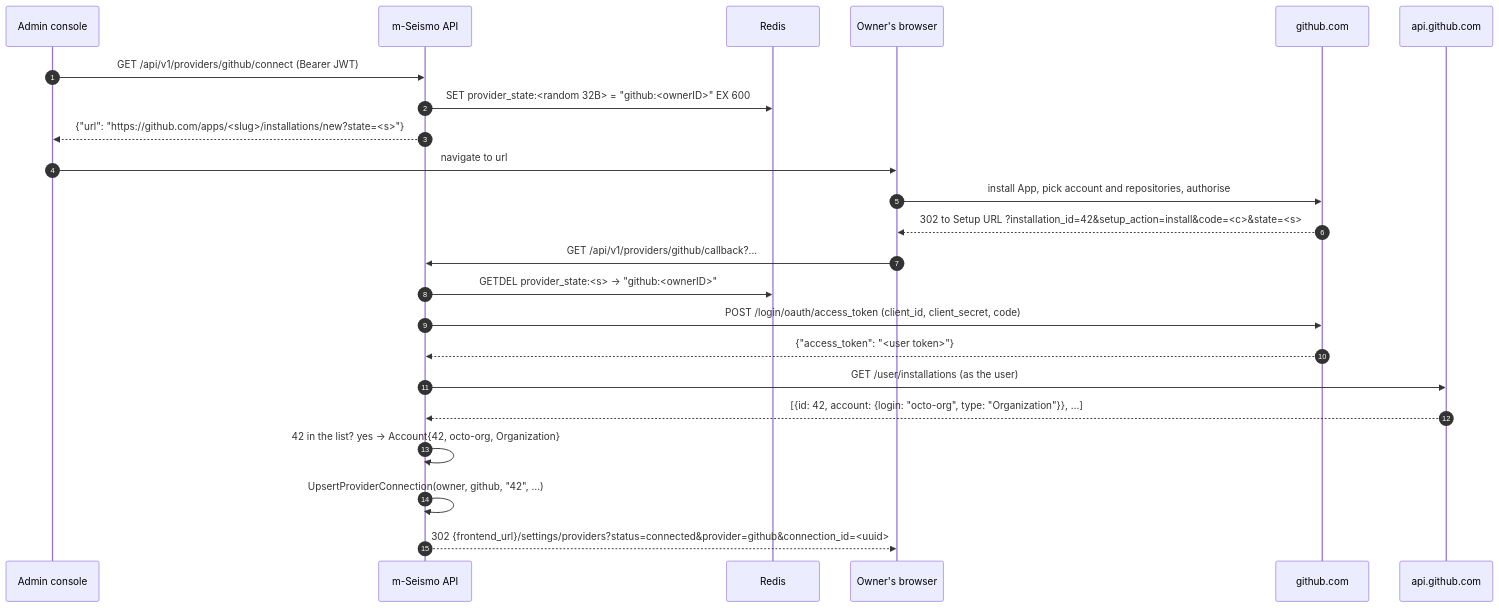
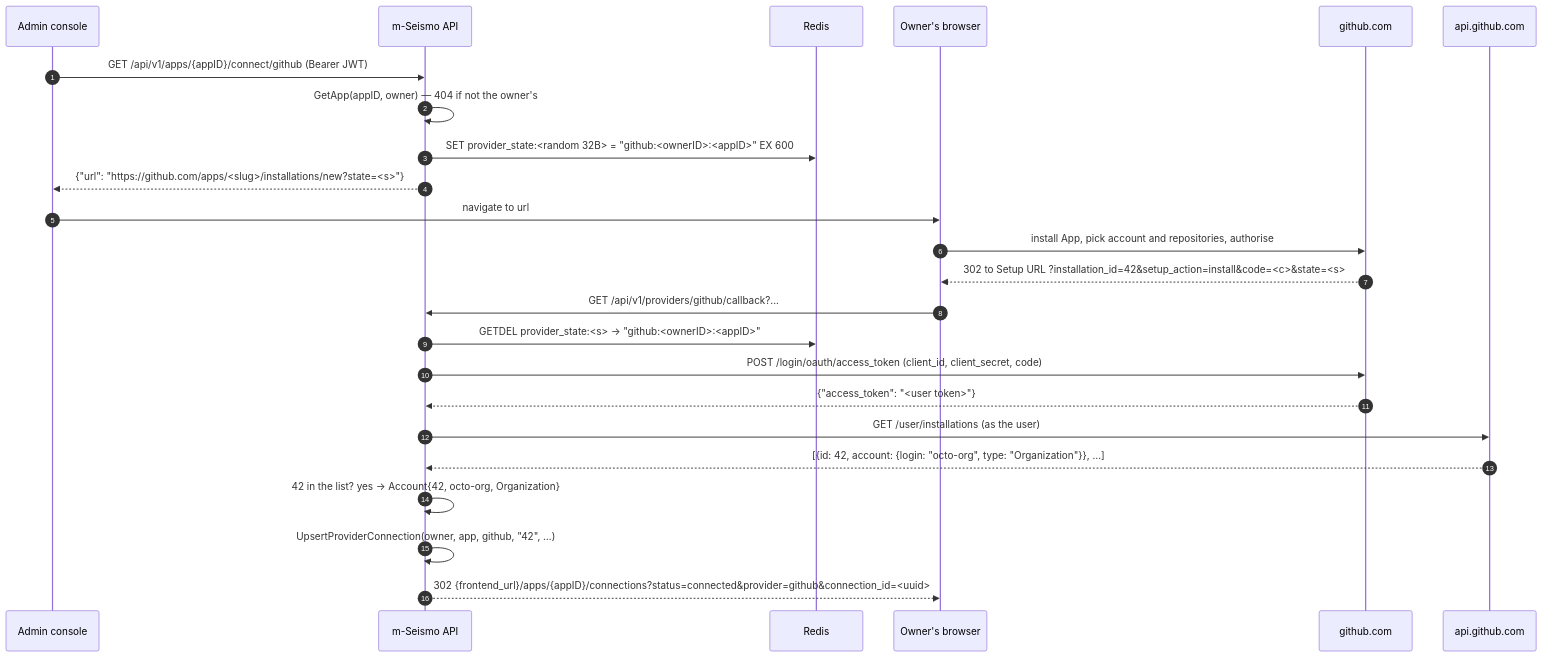
The diagram in backend/docs/github.md (MicroClub-USTHB/m-Seismo), drawn with Mermaid before and after one commit. The commit also changed other lines of this file and 12 other files, not shown here.

````diff
--- a/backend/docs/github.md
+++ b/backend/docs/github.md
@@ -61,26 +119,27 @@
 ```mermaid
 sequenceDiagram
     autonumber
     participant UI as Admin console
     participant API as m-Seismo API
     participant R as Redis
     participant B as Owner's browser
     participant GH as github.com
     participant GAPI as api.github.com
 
-    UI->>API: GET /api/v1/providers/github/connect (Bearer JWT)
-    API->>R: SET provider_state:<random 32B> = "github:<ownerID>" EX 600
+    UI->>API: GET /api/v1/apps/{appID}/connect/github (Bearer JWT)
+    API->>API: GetApp(appID, owner) — 404 if not the owner's
+    API->>R: SET provider_state:<random 32B> = "github:<ownerID>:<appID>" EX 600
     API-->>UI: {"url": "https://github.com/apps/<slug>/installations/new?state=<s>"}
     UI->>B: navigate to url
     B->>GH: install App, pick account and repositories, authorise
     GH-->>B: 302 to Setup URL ?installation_id=42&setup_action=install&code=<c>&state=<s>
     B->>API: GET /api/v1/providers/github/callback?...
-    API->>R: GETDEL provider_state:<s> → "github:<ownerID>"
+    API->>R: GETDEL provider_state:<s> → "github:<ownerID>:<appID>"
     API->>GH: POST /login/oauth/access_token (client_id, client_secret, code)
     GH-->>API: {"access_token": "<user token>"}
     API->>GAPI: GET /user/installations (as the user)
     GAPI-->>API: [{id: 42, account: {login: "octo-org", type: "Organization"}}, …]
     API->>API: 42 in the list? yes → Account{42, octo-org, Organization}
-    API->>API: UpsertProviderConnection(owner, github, "42", …)
-    API-->>B: 302 {frontend_url}/settings/providers?status=connected&provider=github&connection_id=<uuid>
+    API->>API: UpsertProviderConnection(owner, app, github, "42", …)
+    API-->>B: 302 {frontend_url}/apps/{appID}/connections?status=connected&provider=github&connection_id=<uuid>
 ```
````
